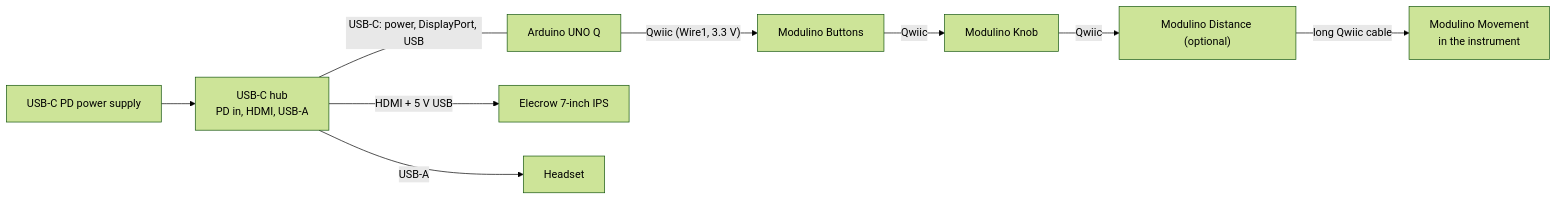
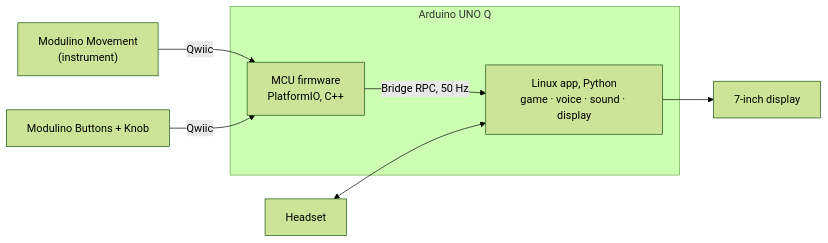
The diagram in README.md (JustCodeX/steadyHands), drawn with Mermaid (forest theme) before and after one commit. The commit also changed other lines of this file and 1 other file, not shown here.

````diff
--- a/README.md
+++ b/README.md
@@ -27,11 +40,10 @@
 ```mermaid
 flowchart LR
-  PSU["USB-C PD power supply"] --> HUB["USB-C hub<br/>PD in, HDMI, USB-A"]
-  HUB -- "USB-C: power, DisplayPort, USB" --- Q["Arduino UNO Q"]
-  HUB -- "HDMI + 5 V USB" --> DISP["Elecrow 7-inch IPS"]
-  HUB -- "USB-A" --> HS["Headset"]
-  Q -- "Qwiic (Wire1, 3.3 V)" --> B["Modulino Buttons"]
-  B -- "Qwiic" --> K["Modulino Knob"]
-  K -- "Qwiic" --> DI["Modulino Distance (optional)"]
-  DI -- "long Qwiic cable" --> M["Modulino Movement<br/>in the instrument"]
+  M["Modulino Movement<br/>(instrument)"] -- Qwiic --> MCU
+  BK["Modulino Buttons + Knob"] -- Qwiic --> MCU
+  subgraph Q["Arduino UNO Q"]
+    MCU["MCU firmware<br/>PlatformIO, C++"] -- "Bridge RPC, 50 Hz" --> APP["Linux app, Python<br/>game · voice · sound · display"]
+  end
+  HS["Headset"] <--> APP
+  APP --> D["7-inch display"]
 ```
````
